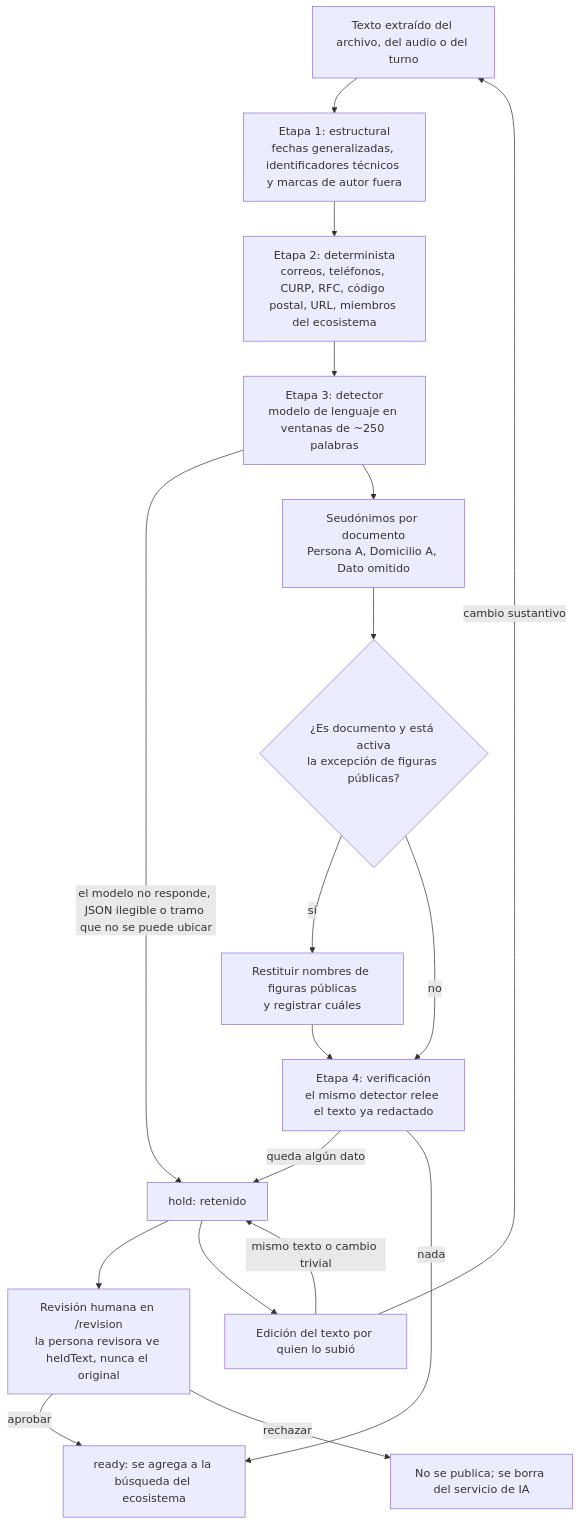
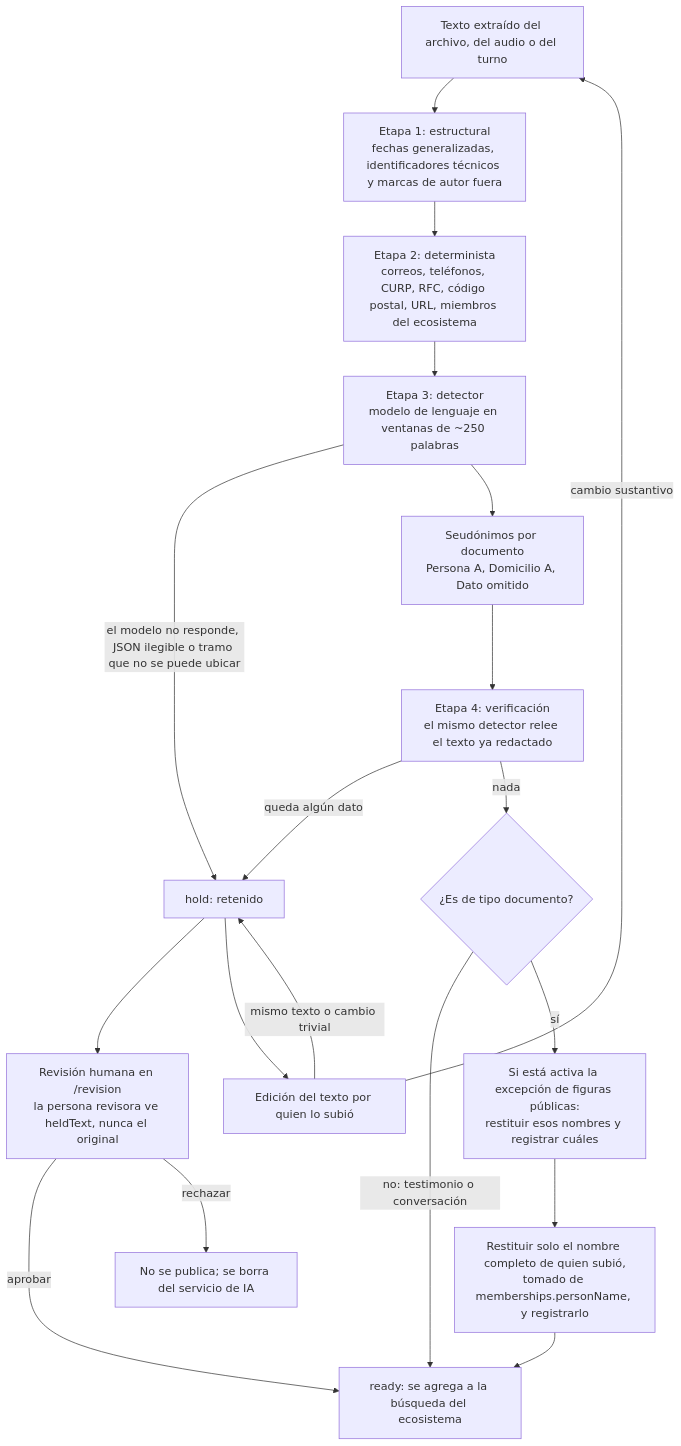
Before and after one commit to ecosistemas-de-conocimiento/ecosistemas-de-conocimiento: the first of 2 diagrams in docs/06-privacidad-y-seguridad/proteccion-de-datos.md, drawn with Mermaid. The commit also changed other lines of this file and 5 other files, not shown here.

First line of the commit message:
docs(privacidad): declarar que se conserva el nombre de quien sube un documento

````diff
--- a/docs/06-privacidad-y-seguridad/proteccion-de-datos.md
+++ b/docs/06-privacidad-y-seguridad/proteccion-de-datos.md
@@ -112,20 +113,21 @@
 ```mermaid
 flowchart TD
   A[Texto extraído del archivo, del audio o del turno] --> B[Etapa 1: estructural<br/>fechas generalizadas, identificadores técnicos y marcas de autor fuera]
   B --> C[Etapa 2: determinista<br/>correos, teléfonos, CURP, RFC, código postal, URL, miembros del ecosistema]
   C --> D[Etapa 3: detector<br/>modelo de lenguaje en ventanas de ~250 palabras]
   D -->|el modelo no responde, JSON ilegible o tramo que no se puede ubicar| H[hold: retenido]
   D --> P[Seudónimos por documento<br/>Persona A, Domicilio A, Dato omitido]
-  P --> F{¿Es documento y está activa<br/>la excepción de figuras públicas?}
-  F -->|sí| FR[Restituir nombres de figuras públicas<br/>y registrar cuáles]
-  F -->|no| V
-  FR --> V[Etapa 4: verificación<br/>el mismo detector relee el texto ya redactado]
+  P --> V[Etapa 4: verificación<br/>el mismo detector relee el texto ya redactado]
   V -->|queda algún dato| H
-  V -->|nada| R[ready: se agrega a la búsqueda del ecosistema]
+  V -->|nada| F{¿Es de tipo documento?}
+  F -->|no: testimonio o conversación| R[ready: se agrega a la búsqueda del ecosistema]
+  F -->|sí| FR[Si está activa la excepción de figuras públicas:<br/>restituir esos nombres y registrar cuáles]
+  FR --> AU[Restituir solo el nombre completo de quien subió,<br/>tomado de memberships.personName, y registrarlo]
+  AU --> R
   H --> RV[Revisión humana en /revision<br/>la persona revisora ve heldText, nunca el original]
   RV -->|aprobar| R
   RV -->|rechazar| X[No se publica; se borra del servicio de IA]
   H --> E[Edición del texto por quien lo subió]
   E -->|cambio sustantivo| A
   E -->|mismo texto o cambio trivial| H
 ```
````
